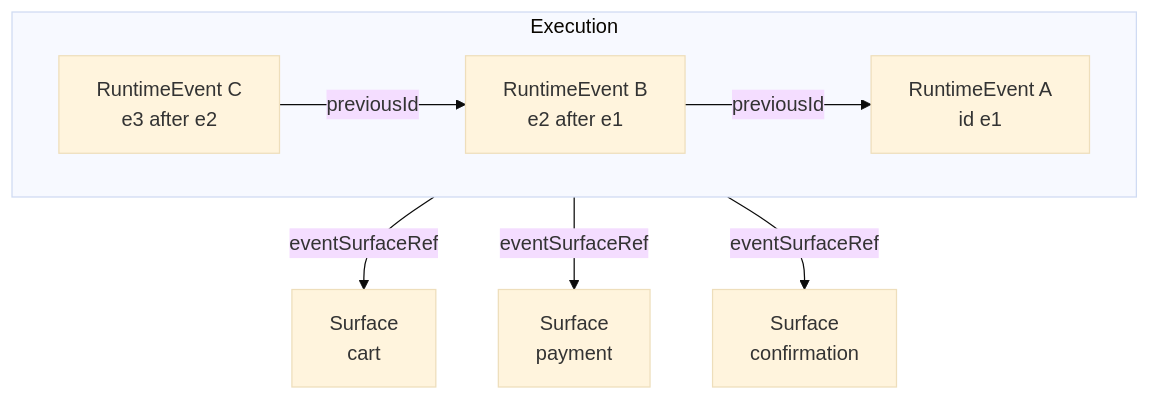
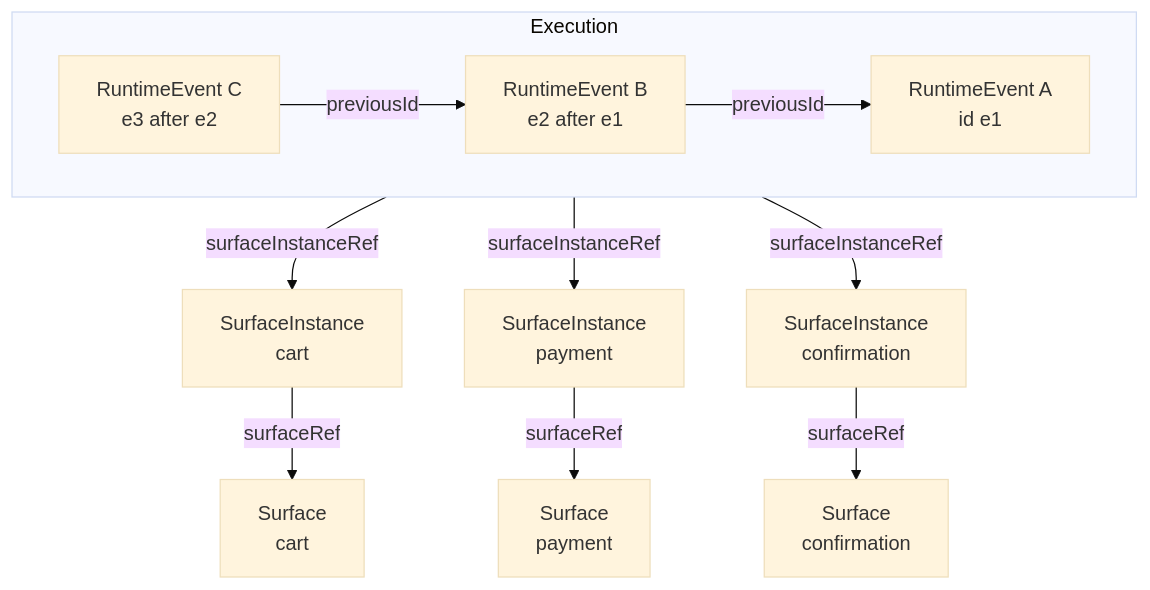
The diagram in specs/ed/runtime/index.md (Bang2985/spec-ujg), drawn with Mermaid (base theme) before and after one commit. The commit also changed other lines of this file and 77 other files, not shown here.

````diff
--- a/specs/ed/runtime/index.md
+++ b/specs/ed/runtime/index.md
@@ -30,14 +30,17 @@
 ```mermaid
 graph TB
   subgraph JourneyExecution [Execution]
     direction LR
     E1[RuntimeEvent A<br/>id e1]
     E2[RuntimeEvent B<br/>e2 after e1]
     E3[RuntimeEvent C<br/>e3 after e2]
   E2 -->|previousId| E1
   E3 -->|previousId| E2
   end
-  E1 -->|eventSurfaceRef| S1[Surface<br/>cart]
-  E2 -->|eventSurfaceRef| S2[Surface<br/>payment]
-  E3 -->|eventSurfaceRef| S3[Surface<br/>confirmation]
+  E1 -->|surfaceInstanceRef| SI1[SurfaceInstance<br/>cart]
+  E2 -->|surfaceInstanceRef| SI2[SurfaceInstance<br/>payment]
+  E3 -->|surfaceInstanceRef| SI3[SurfaceInstance<br/>confirmation]
+  SI1 -->|surfaceRef| S1[Surface<br/>cart]
+  SI2 -->|surfaceRef| S2[Surface<br/>payment]
+  SI3 -->|surfaceRef| S3[Surface<br/>confirmation]
 ```
````
